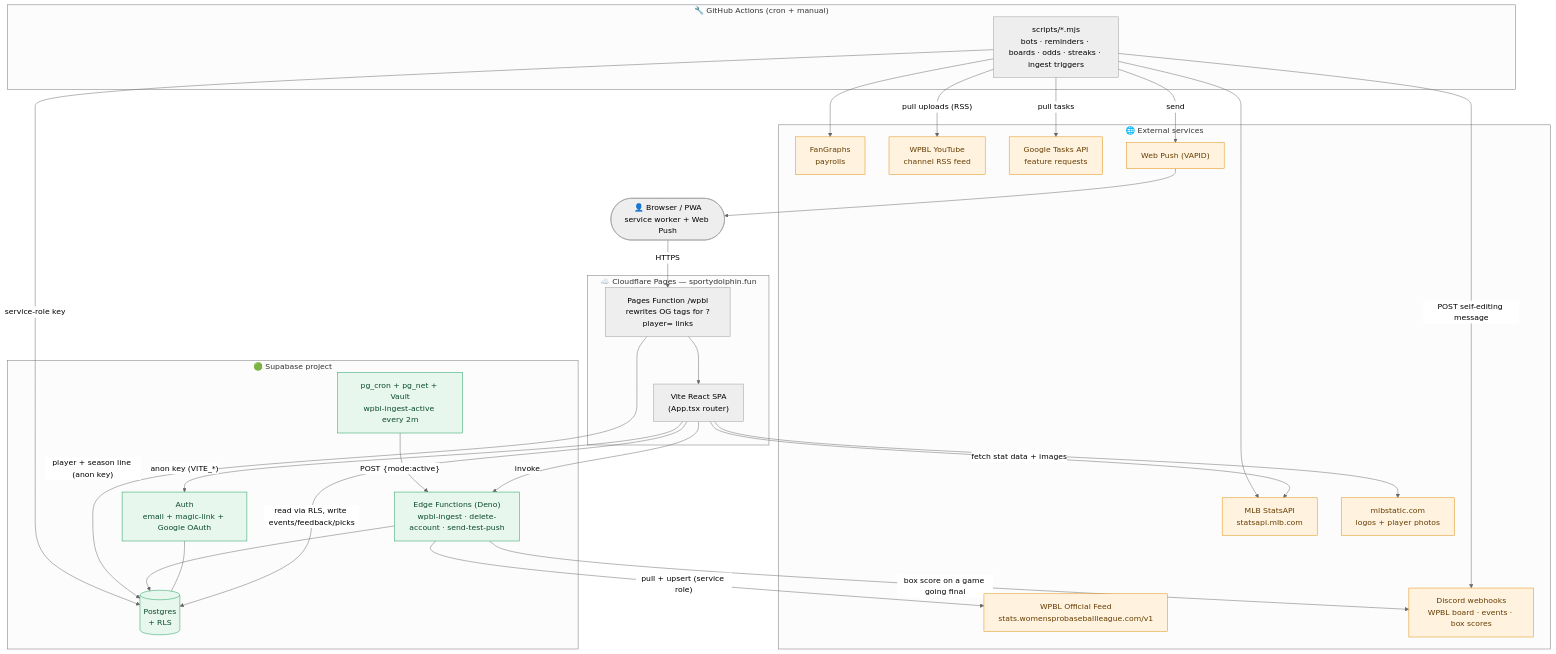
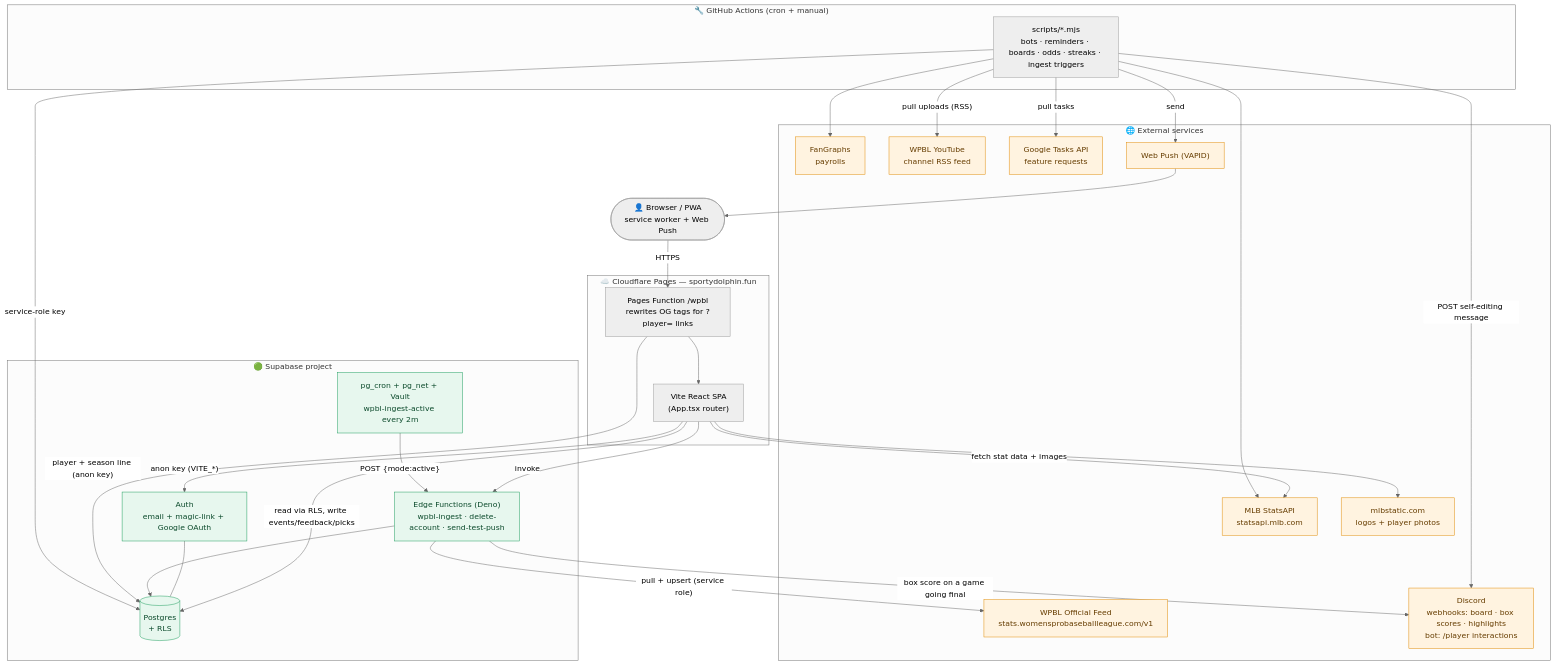
Before and after one commit to sportydolphin/fun: the first of 5 diagrams in ARCHITECTURE.md, drawn with Mermaid (neutral theme). The commit also changed other lines of this file and 4 other files, not shown here.

````diff
--- a/ARCHITECTURE.md
+++ b/ARCHITECTURE.md
@@ -17,61 +17,61 @@
 ```mermaid
 flowchart TB
     user(["👤 Browser / PWA<br/>service worker + Web Push"])
 
     subgraph CF["☁️ Cloudflare Pages — sportydolphin.fun"]
         spa["Vite React SPA<br/>(App.tsx router)"]
         pagefn["Pages Function /wpbl<br/>rewrites OG tags for ?player= links"]
     end
 
     subgraph SB["🟢 Supabase project"]
         auth["Auth<br/>email + magic-link + Google OAuth"]
         db[("Postgres<br/>+ RLS")]
         edge["Edge Functions (Deno)<br/>wpbl-ingest · delete-account · send-test-push"]
         pgcron["pg_cron + pg_net + Vault<br/>wpbl-ingest-active every 2m"]
     end
 
     subgraph GHA["🔧 GitHub Actions (cron + manual)"]
         scripts["scripts/*.mjs<br/>bots · reminders · boards · odds · streaks · ingest triggers"]
     end
 
     subgraph EXT["🌐 External services"]
         mlbapi["MLB StatsAPI<br/>statsapi.mlb.com"]
         mlbcdn["mlbstatic.com<br/>logos + player photos"]
         fangraphs["FanGraphs<br/>payrolls"]
         wpblfeed["WPBL Official Feed<br/>stats.womensprobaseballleague.com/v1"]
         wpblyt["WPBL YouTube<br/>channel RSS feed"]
-        discord["Discord webhooks<br/>WPBL board · events · box scores"]
+        discord["Discord<br/>webhooks: board · box scores · highlights<br/>bot: /player interactions"]
         gtasks["Google Tasks API<br/>feature requests"]
         push["Web Push (VAPID)"]
     end
 
     user -->|HTTPS| pagefn
     pagefn --> spa
     spa -->|"anon key (VITE_*)"| auth
     spa -->|"read via RLS, write events/feedback/picks"| db
     spa -->|"invoke"| edge
     spa -->|"fetch stat data + images"| mlbapi
     spa --> mlbcdn
 
     auth --- db
 
     pgcron -->|"POST {mode:active}"| edge
     edge -->|"pull + upsert (service role)"| wpblfeed
     edge --> db
     edge -->|"box score on a game going final"| discord
     pagefn -->|"player + season line (anon key)"| db
 
     scripts -->|"service-role key"| db
     scripts --> mlbapi
     scripts --> fangraphs
     scripts -->|"POST self-editing message"| discord
     scripts -->|"pull uploads (RSS)"| wpblyt
     scripts -->|"pull tasks"| gtasks
     scripts -->|"send"| push
     push --> user
 
     classDef ext fill:#fff3e0,stroke:#e08a00,color:#663d00;
     classDef sb fill:#e7f7ee,stroke:#1a9c5b,color:#0b4a2b;
     class mlbapi,mlbcdn,fangraphs,wpblfeed,wpblyt,discord,gtasks,push ext;
     class auth,db,edge,pgcron sb;
 ```
````
